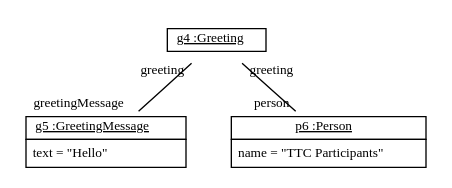
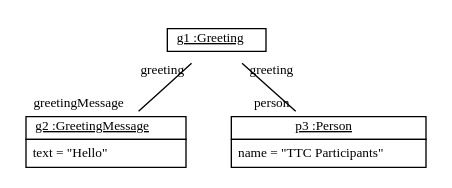
The diagram in doc/TTC2011HelloWorldConstantTransformation2WithReferences12.dot (fujaba/SDMLib), drawn with Graphviz before and after one commit. The commit also changed 176 other files, not shown here.

```diff
--- a/doc/TTC2011HelloWorldConstantTransformation2WithReferences12.dot
+++ b/doc/TTC2011HelloWorldConstantTransformation2WithReferences12.dot
@@ -1,12 +1,12 @@
 graph ObjectDiagram {
    node [shape = none, fontsize = 10];
    edge [fontsize = 10];
    compound=true;
 
-g4 [label=<<table border='0' cellborder='1' cellspacing='0'> <tr> <td href="../examples/org/sdmlib/examples/helloworld/Greeting.java"> <u>g4 :Greeting</u></td></tr></table>>];
-g5 [label=<<table border='0' cellborder='1' cellspacing='0'> <tr> <td href="../examples/org/sdmlib/examples/helloworld/GreetingMessage.java"> <u>g5 :GreetingMessage</u></td></tr><tr><td><table border='0' cellborder='0' cellspacing='0'><tr><td align='left'>text = "Hello"</td></tr></table></td></tr></table>>];
-p6 [label=<<table border='0' cellborder='1' cellspacing='0'> <tr> <td href="../examples/org/sdmlib/examples/helloworld/Person.java"> <u>p6 :Person</u></td></tr><tr><td><table border='0' cellborder='0' cellspacing='0'><tr><td align='left'>name = "TTC Participants"</td></tr></table></td></tr></table>>];
+g1 [label=<<table border='0' cellborder='1' cellspacing='0'> <tr> <td href="../examples/org/sdmlib/examples/helloworld/Greeting.java"> <u>g1 :Greeting</u></td></tr></table>>];
+g2 [label=<<table border='0' cellborder='1' cellspacing='0'> <tr> <td href="../examples/org/sdmlib/examples/helloworld/GreetingMessage.java"> <u>g2 :GreetingMessage</u></td></tr><tr><td><table border='0' cellborder='0' cellspacing='0'><tr><td align='left'>text = "Hello"</td></tr></table></td></tr></table>>];
+p3 [label=<<table border='0' cellborder='1' cellspacing='0'> <tr> <td href="../examples/org/sdmlib/examples/helloworld/Person.java"> <u>p3 :Person</u></td></tr><tr><td><table border='0' cellborder='0' cellspacing='0'><tr><td align='left'>name = "TTC Participants"</td></tr></table></td></tr></table>>];
 
-g4 -- g5 [headlabel = "greetingMessage" taillabel = "greeting"];
-g4 -- p6 [headlabel = "person" taillabel = "greeting"];
+g1 -- g2 [headlabel = "greetingMessage" taillabel = "greeting"];
+g1 -- p3 [headlabel = "person" taillabel = "greeting"];
 }
```
